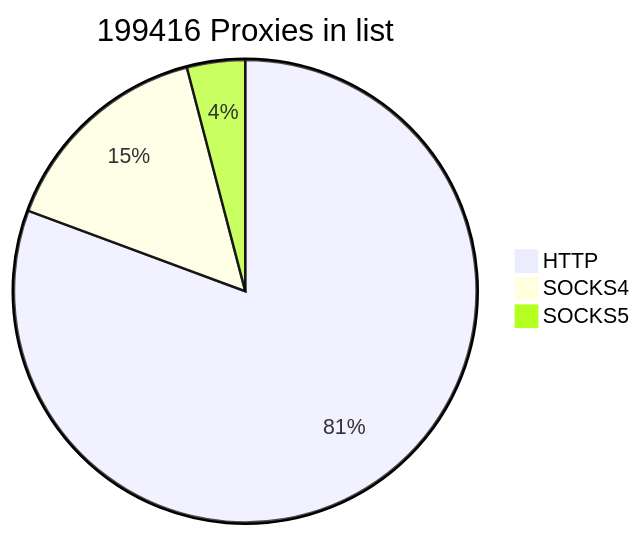
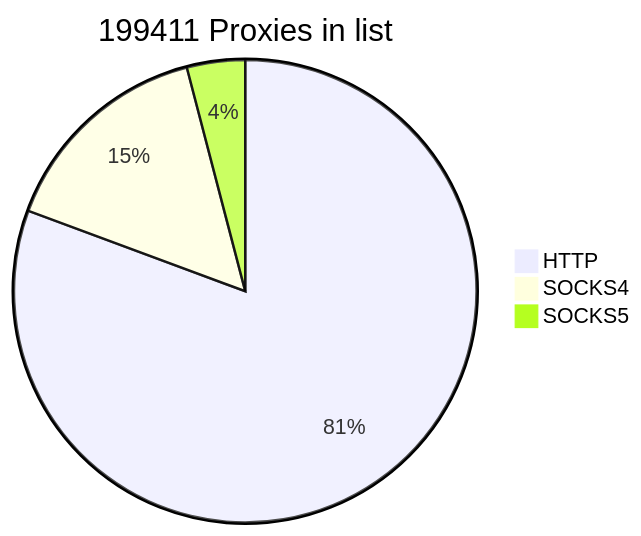
One commit to cutipu/proxylist changed the first of 2 diagrams in README.md. Above: the diagram before and after it, drawn with Mermaid. The commit also changed other lines of this file, not shown here.

````diff
--- a/README.md
+++ b/README.md
@@ -2,7 +2,7 @@
 ```mermaid
-pie title 199416 Proxies in list
+pie title 199411 Proxies in list
     "HTTP" : 160827
-    "SOCKS4" : 30484
-    "SOCKS5" : 8105
+    "SOCKS4" : 30477
+    "SOCKS5" : 8107
             
 ```
````
